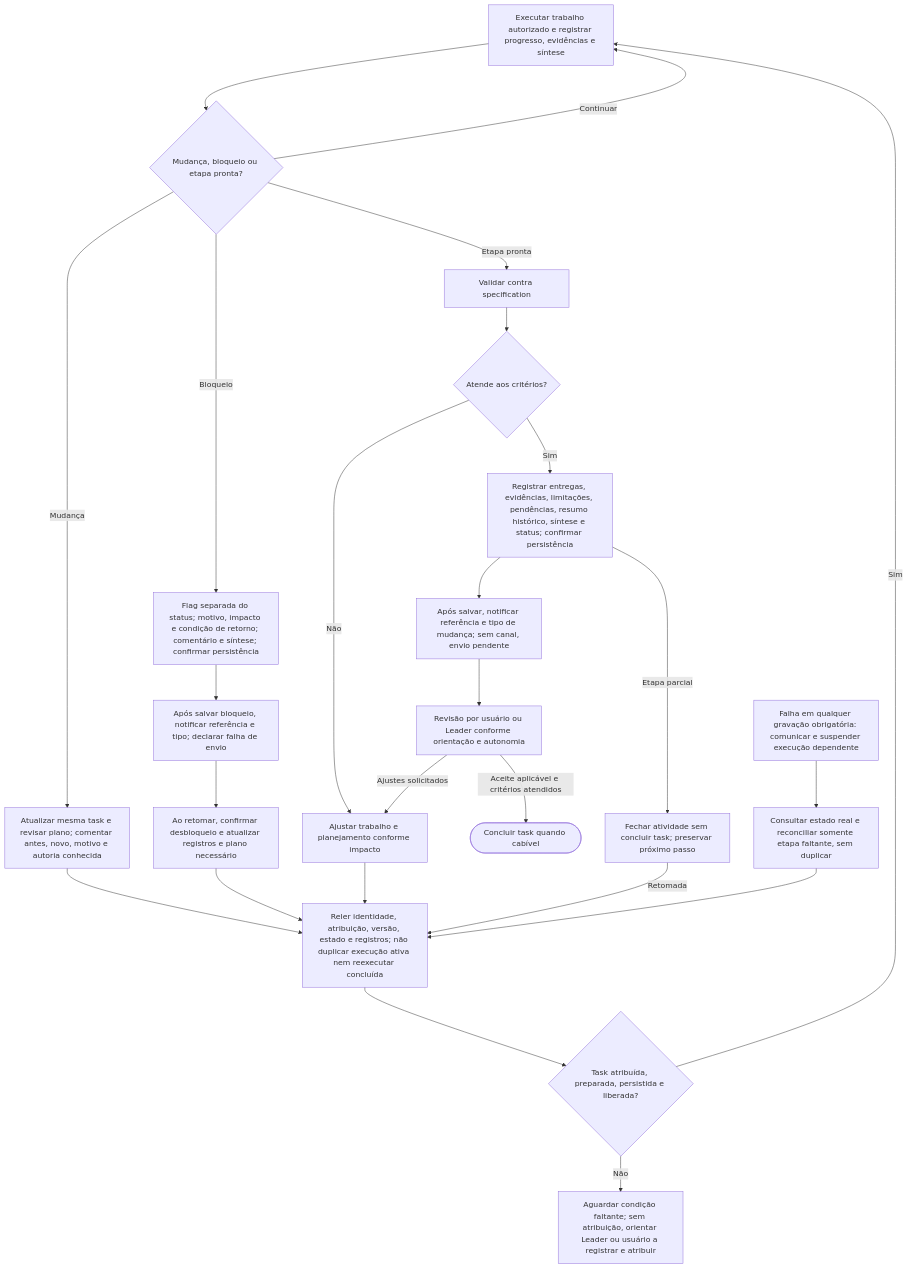
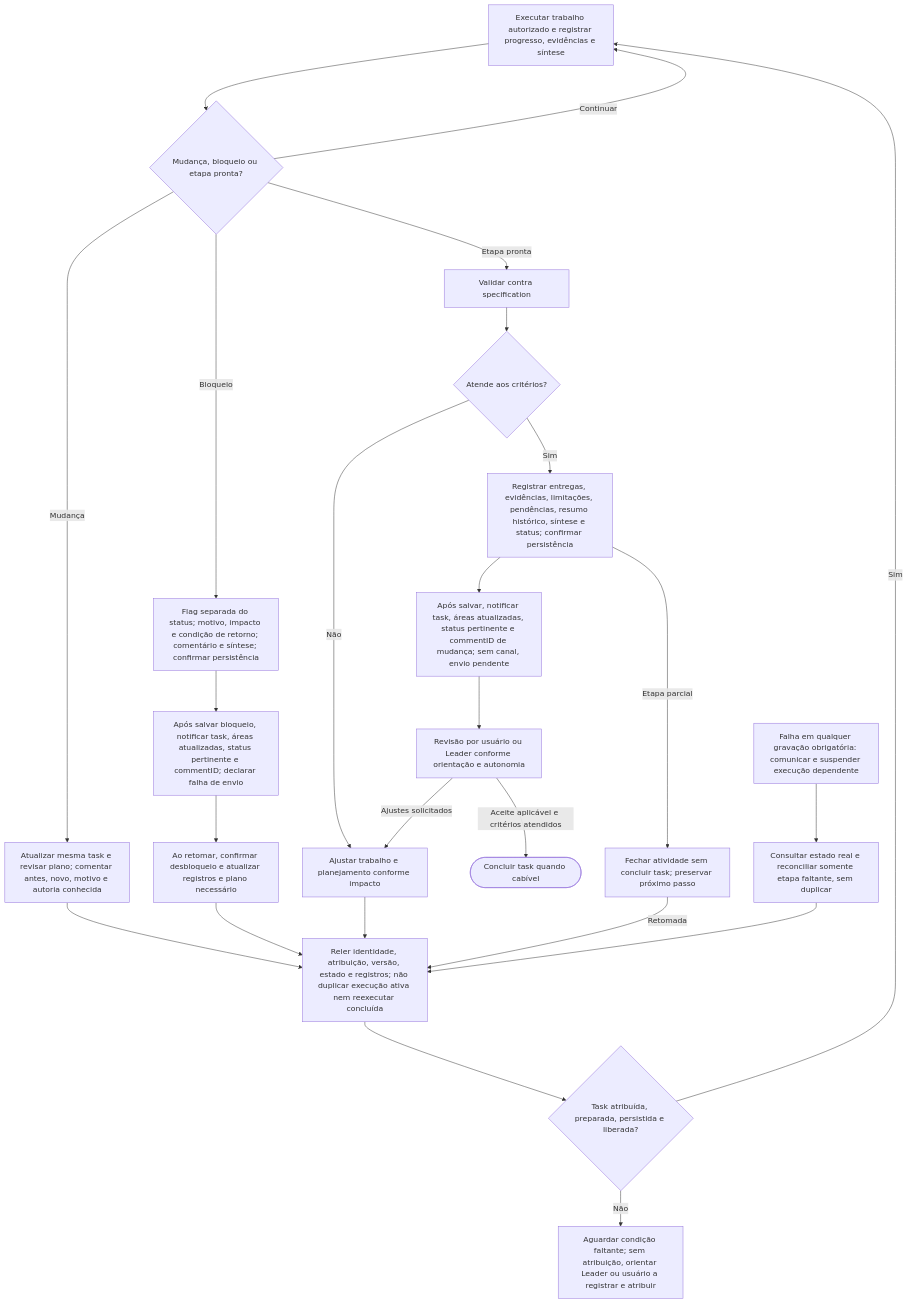
The second of 2 diagrams in docs/collaborator-workflow.md (runvibe/beeteam), drawn with Mermaid before and after one commit. The commit also changed other lines of this file and 30 other files, not shown here.

Commit message:
fix(skills): require comment IDs for task communication

````diff
--- a/docs/collaborator-workflow.md
+++ b/docs/collaborator-workflow.md
@@ -67,27 +73,27 @@
 ```mermaid
 flowchart TD
     TRABALHO["Executar trabalho autorizado e registrar progresso, evidências e síntese"] --> EVENTO{"Mudança, bloqueio ou etapa pronta?"}
     EVENTO -->|Continuar| TRABALHO
     EVENTO -->|Mudança| MUDANCA["Atualizar mesma task e revisar plano; comentar antes, novo, motivo e autoria conhecida"]
     MUDANCA --> REVALIDAR
     EVENTO -->|Bloqueio| BLOQUEIO["Flag separada do status; motivo, impacto e condição de retorno; comentário e síntese; confirmar persistência"]
-    BLOQUEIO --> AVISOB["Após salvar bloqueio, notificar referência e tipo; declarar falha de envio"]
+    BLOQUEIO --> AVISOB["Após salvar bloqueio, notificar task, áreas atualizadas, status pertinente e commentID; declarar falha de envio"]
     AVISOB --> RETOMADA["Ao retomar, confirmar desbloqueio e atualizar registros e plano necessário"]
     RETOMADA --> REVALIDAR
     EVENTO -->|Etapa pronta| TESTAR["Validar contra specification"]
     TESTAR --> RESULTADO{"Atende aos critérios?"}
     RESULTADO -->|Não| AJUSTES["Ajustar trabalho e planejamento conforme impacto"]
     AJUSTES --> REVALIDAR
     RESULTADO -->|Sim| ENTREGA["Registrar entregas, evidências, limitações, pendências, resumo histórico, síntese e status; confirmar persistência"]
-    ENTREGA --> AVISOR["Após salvar, notificar referência e tipo de mudança; sem canal, envio pendente"]
+    ENTREGA --> AVISOR["Após salvar, notificar task, áreas atualizadas, status pertinente e commentID de mudança; sem canal, envio pendente"]
     AVISOR --> REVISAO["Revisão por usuário ou Leader conforme orientação e autonomia"]
     REVISAO -->|Ajustes solicitados| AJUSTES
     REVISAO -->|Aceite aplicável e critérios atendidos| CONCLUIR(["Concluir task quando cabível"])
     ENTREGA -->|Etapa parcial| PARCIAL["Fechar atividade sem concluir task; preservar próximo passo"]
     PARCIAL -->|Retomada| REVALIDAR
     FALHA["Falha em qualquer gravação obrigatória: comunicar e suspender execução dependente"] --> RECUPERAR["Consultar estado real e reconciliar somente etapa faltante, sem duplicar"]
     RECUPERAR --> REVALIDAR
     REVALIDAR["Reler identidade, atribuição, versão, estado e registros; não duplicar execução ativa nem reexecutar concluída"] --> PRONTO{"Task atribuída, preparada, persistida e liberada?"}
     PRONTO -->|Sim| TRABALHO
     PRONTO -->|Não| ESPERA["Aguardar condição faltante; sem atribuição, orientar Leader ou usuário a registrar e atribuir"]
 ```
````
